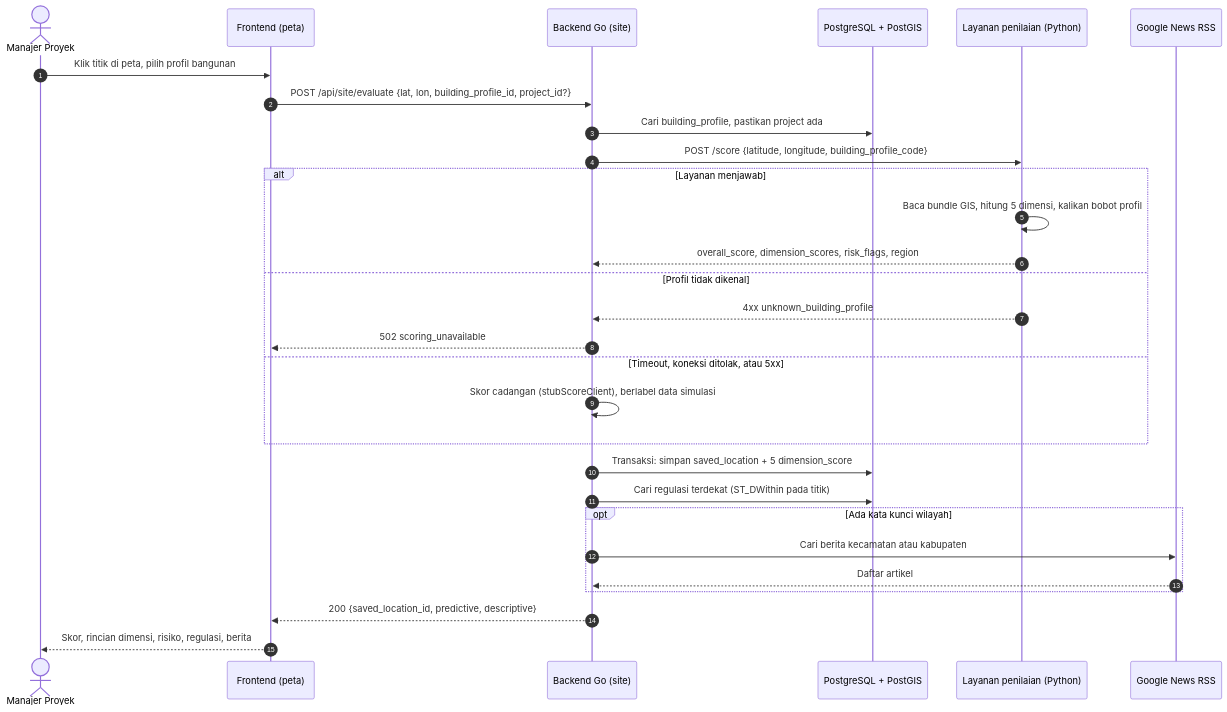
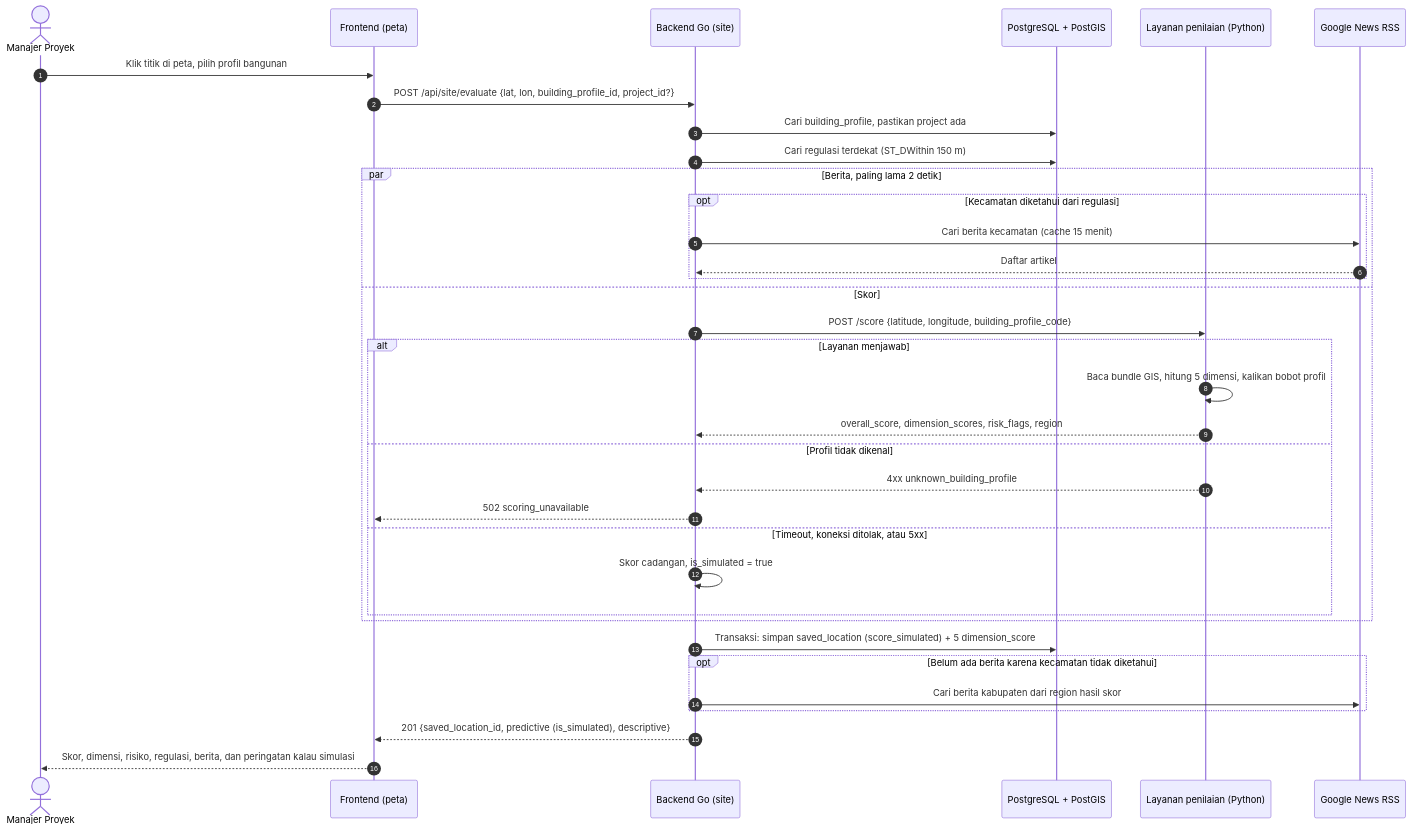
Before and after one commit to jojondrw/BanguninAjaApp: the third of 5 diagrams in docs/desain/sequence.md, drawn with Mermaid. The commit also changed other lines of this file, not shown here.

Commit message:
docs(desain): sesuaikan sequence diagram dengan perilaku terbaru
Evaluasi lokasi menjawab 201, berita diambil paralel dengan batas 2 detik
dan cache 15 menit, dan skor cadangan ditandai is_simulated. Hak akses
dibaca lewat cache 30 detik yang dihapus saat peran atau status berubah,
bukan langsung dari database di setiap request.

````diff
--- a/docs/desain/sequence.md
+++ b/docs/desain/sequence.md
@@ -111,32 +116,38 @@
 ```mermaid
 sequenceDiagram
     autonumber
     actor PM as Manajer Proyek
     participant FE as Frontend (peta)
     participant API as Backend Go (site)
     participant DB as PostgreSQL + PostGIS
     participant SC as Layanan penilaian (Python)
     participant GN as Google News RSS
 
     PM->>FE: Klik titik di peta, pilih profil bangunan
     FE->>API: POST /api/site/evaluate {lat, lon, building_profile_id, project_id?}
     API->>DB: Cari building_profile, pastikan project ada
-    API->>SC: POST /score {latitude, longitude, building_profile_code}
-    alt Layanan menjawab
-        SC->>SC: Baca bundle GIS, hitung 5 dimensi, kalikan bobot profil
-        SC-->>API: overall_score, dimension_scores, risk_flags, region
-    else Profil tidak dikenal
-        SC-->>API: 4xx unknown_building_profile
-        API-->>FE: 502 scoring_unavailable
-    else Timeout, koneksi ditolak, atau 5xx
-        API->>API: Skor cadangan (stubScoreClient), berlabel data simulasi
+    API->>DB: Cari regulasi terdekat (ST_DWithin 150 m)
+    par Berita, paling lama 2 detik
+        opt Kecamatan diketahui dari regulasi
+            API->>GN: Cari berita kecamatan (cache 15 menit)
+            GN-->>API: Daftar artikel
+        end
+    and Skor
+        API->>SC: POST /score {latitude, longitude, building_profile_code}
+        alt Layanan menjawab
+            SC->>SC: Baca bundle GIS, hitung 5 dimensi, kalikan bobot profil
+            SC-->>API: overall_score, dimension_scores, risk_flags, region
+        else Profil tidak dikenal
+            SC-->>API: 4xx unknown_building_profile
+            API-->>FE: 502 scoring_unavailable
+        else Timeout, koneksi ditolak, atau 5xx
+            API->>API: Skor cadangan, is_simulated = true
+        end
     end
-    API->>DB: Transaksi: simpan saved_location + 5 dimension_score
-    API->>DB: Cari regulasi terdekat (ST_DWithin pada titik)
-    opt Ada kata kunci wilayah
-        API->>GN: Cari berita kecamatan atau kabupaten
-        GN-->>API: Daftar artikel
+    API->>DB: Transaksi: simpan saved_location (score_simulated) + 5 dimension_score
+    opt Belum ada berita karena kecamatan tidak diketahui
+        API->>GN: Cari berita kabupaten dari region hasil skor
     end
-    API-->>FE: 200 {saved_location_id, predictive, descriptive}
-    FE-->>PM: Skor, rincian dimensi, risiko, regulasi, berita
+    API-->>FE: 201 {saved_location_id, predictive (is_simulated), descriptive}
+    FE-->>PM: Skor, dimensi, risiko, regulasi, berita, dan peringatan kalau simulasi
 ```
````
